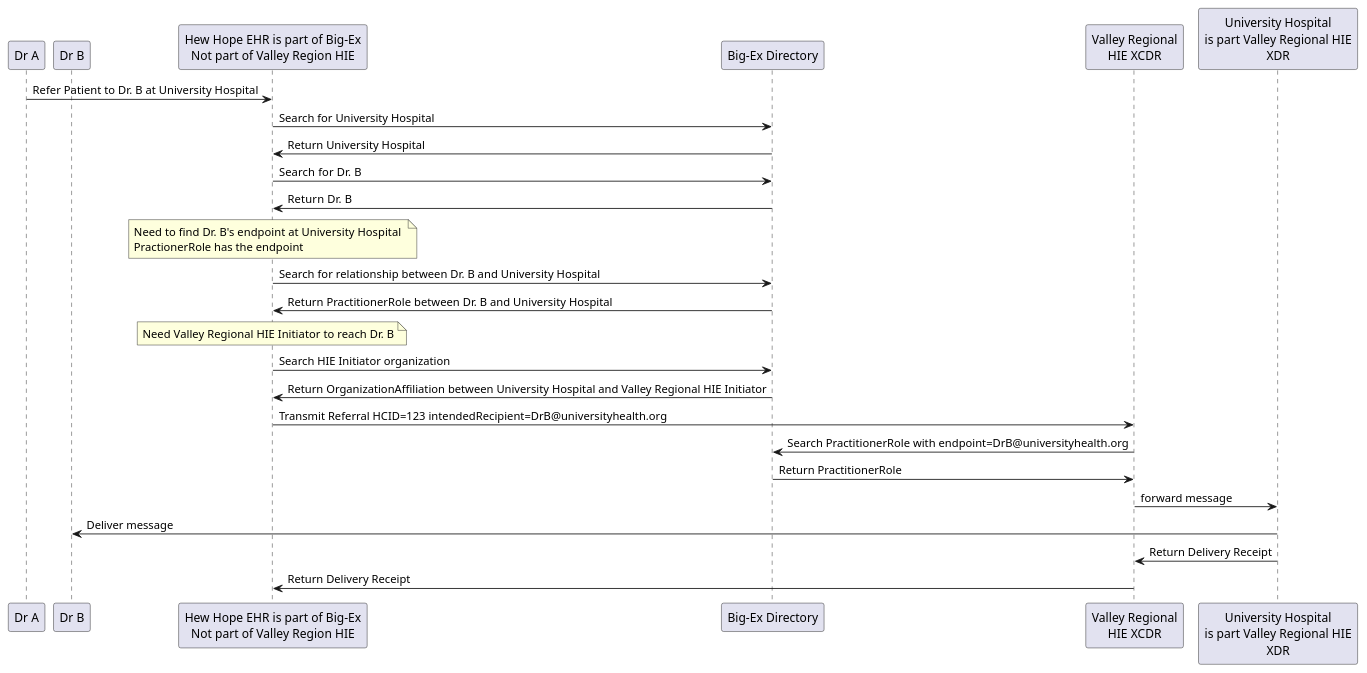
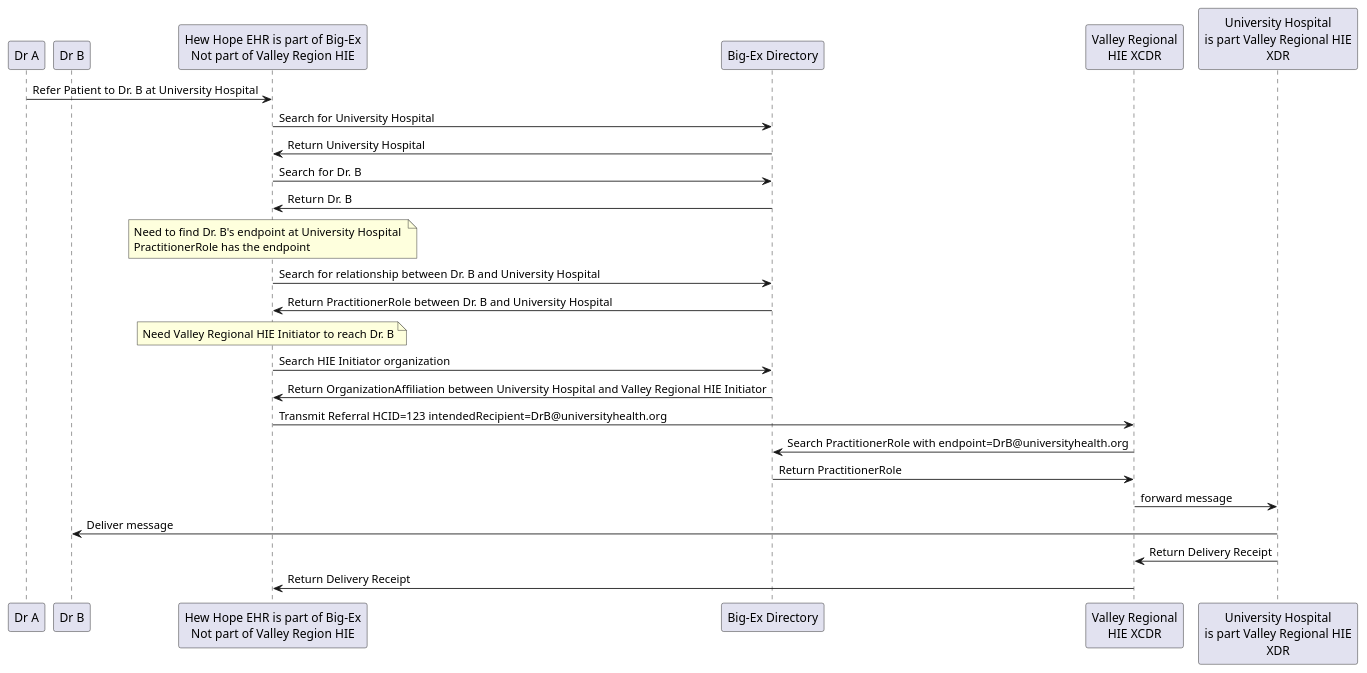
One commit to HL7/fhir-us-ndh changed the diagram in input/images-source/hie-push.plantuml. Above: the diagram before and after it, drawn with PlantUML. The commit also changed 14 other files, not shown here.

```diff
--- a/input/images-source/hie-push.plantuml
+++ b/input/images-source/hie-push.plantuml
@@ -1,29 +1,29 @@
 @startuml
 
 participant "Dr A" as DRA
 participant "Dr B" as DRB
 participant "Hew Hope EHR is part of Big-Ex\nNot part of Valley Region HIE" as EHR1
 participant "Big-Ex Directory" as BigEX
 participant "Valley Regional\nHIE XCDR" as HieXCDR
 participant "University Hospital\nis part Valley Regional HIE\nXDR" as UhXDR
 
 DRA -> EHR1: Refer Patient to Dr. B at University Hospital
 EHR1 -> BigEX: Search for University Hospital
 BigEX -> EHR1: Return University Hospital
 EHR1 -> BigEX: Search for Dr. B
 BigEX -> EHR1: Return Dr. B
-Note over EHR1: Need to find Dr. B's endpoint at University Hospital \nPractionerRole has the endpoint
+Note over EHR1: Need to find Dr. B's endpoint at University Hospital \nPractitionerRole has the endpoint
 EHR1 -> BigEX: Search for relationship between Dr. B and University Hospital
 BigEX -> EHR1: Return PractitionerRole between Dr. B and University Hospital
 Note over EHR1: Need Valley Regional HIE Initiator to reach Dr. B
 EHR1 -> BigEX: Search HIE Initiator organization
 BigEX -> EHR1: Return OrganizationAffiliation between University Hospital and Valley Regional HIE Initiator
 
 EHR1 -> HieXCDR: Transmit Referral HCID=123 intendedRecipient=DrB@universityhealth.org
 HieXCDR -> BigEX: Search PractitionerRole with endpoint=DrB@universityhealth.org
 BigEX -> HieXCDR: Return PractitionerRole
 HieXCDR -> UhXDR: forward message
 UhXDR -> DRB: Deliver message
 UhXDR -> HieXCDR : Return Delivery Receipt
 HieXCDR -> EHR1: Return Delivery Receipt
 @enduml
```
